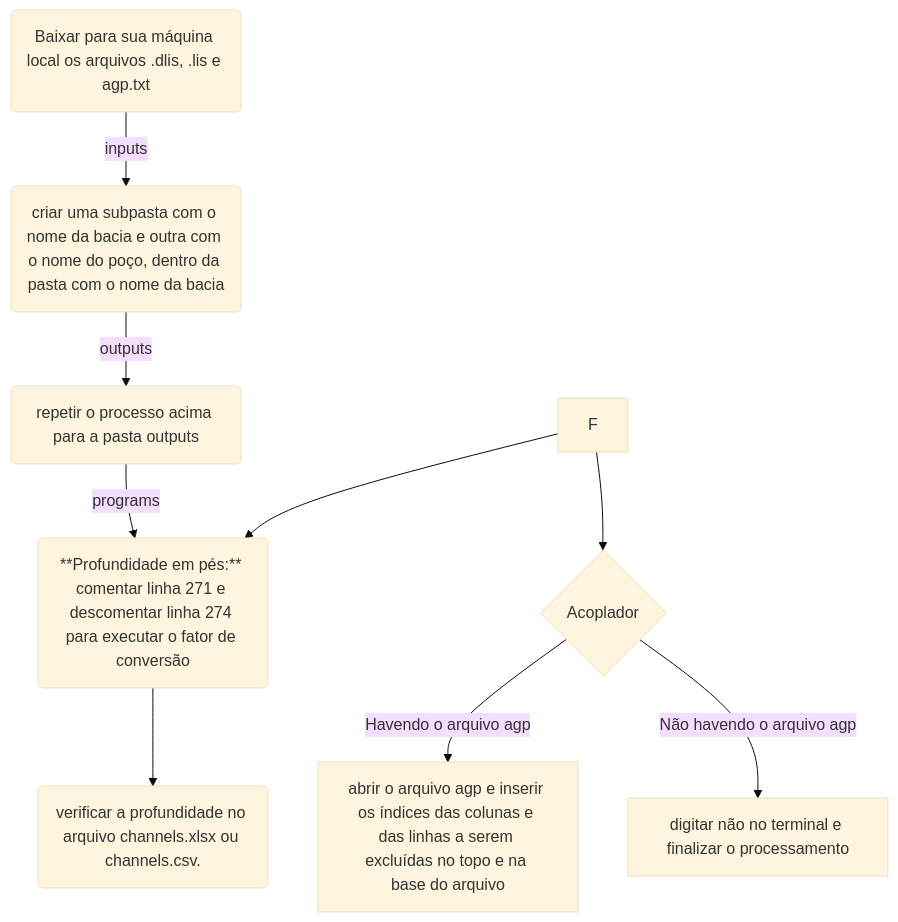
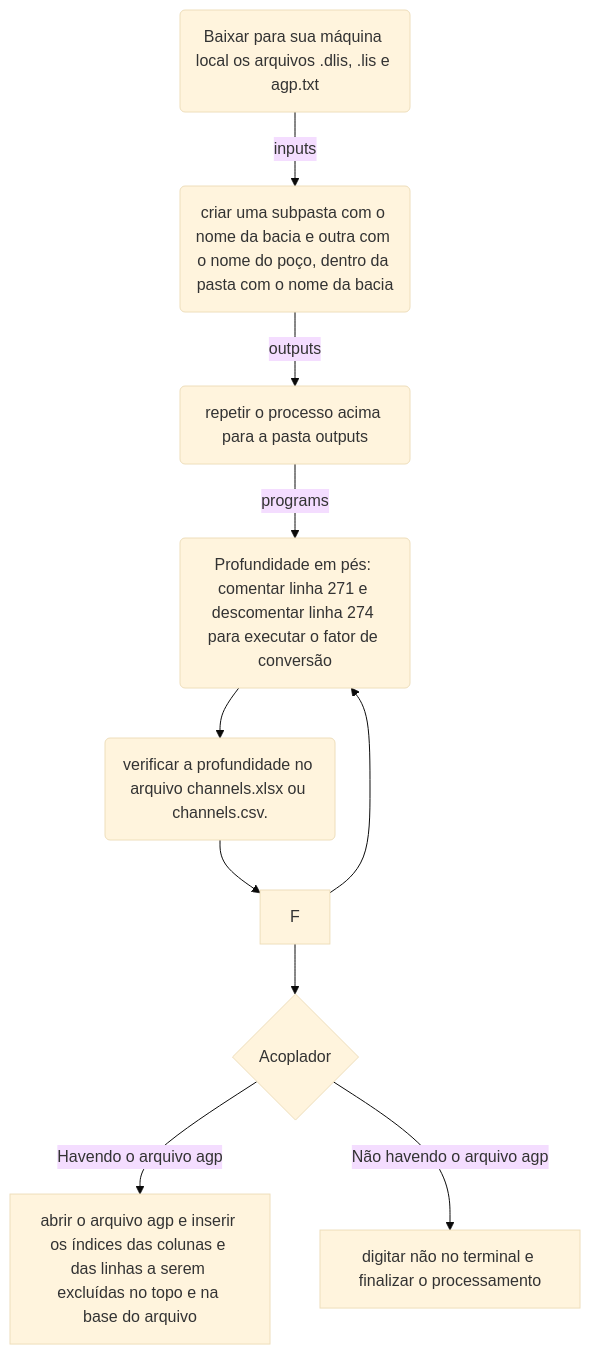
Before and after one commit to PR-4/Odisseia: the diagram in README.md, drawn with Mermaid (base theme).

````diff
--- a/README.md
+++ b/README.md
@@ -18,17 +18,17 @@
 ```mermaid
 flowchart TD
 
 A(Baixar para sua máquina local os arquivos .dlis, .lis e agp.txt) -->|inputs| B(criar uma subpasta com o nome da bacia e outra com o nome do poço, dentro da pasta com o nome da bacia)
     B --> |outputs| C(repetir o processo acima para a pasta outputs)
     C --> |programs| D(executar no terminal o comando python odisseu.py)
     D -->  E(verificar a profundidade no arquivo channels.xlsx ou channels.csv. ) 
- 
-    F --> D(**Profundidade em pés:** comentar linha 271 e descomentar linha 274 para executar o fator de conversão)
-    F --> G(**Profundiade em metros:** alimentar a lista propriedades com as propriedades alvo)
+    E --> F
+    F --> D(Profundidade em pés: comentar linha 271 e descomentar linha 274 para executar o fator de conversão)
+    F --> G(Profundiade em metros: alimentar a lista propriedades com as propriedades alvo)
 
                G{Acoplador}
    G --> |Havendo o arquivo agp| H[abrir o arquivo agp e inserir os índices das colunas e das linhas a serem excluídas no topo e na base do arquivo]   
    G --> |Não havendo o arquivo agp| I[digitar não no terminal e finalizar o processamento]
 
 
 ```
````
